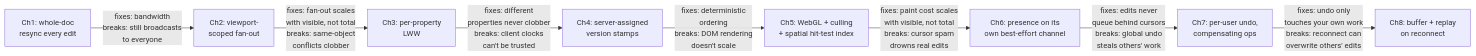
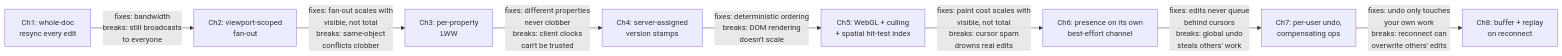
One commit to riyaz-pasha/Learnings changed diagram 13 of 14 in system-design/HLD/0-course/55-Design-a-Real-Time-Collaborative-Canvas-Figma-FAANG-Guide-story.md. Above: the diagram before and after it, drawn with Mermaid. The commit also changed other lines of this file and 1 other file, not shown here.

Commit message:
[REWRITE] Real-Time Collaborative Canvas Figma story guide: simplify prose, add structure, fix diagrams

````diff
--- a/system-design/HLD/0-course/55-Design-a-Real-Time-Collaborative-Canvas-Figma-FAANG-Guide-story.md
+++ b/system-design/HLD/0-course/55-Design-a-Real-Time-Collaborative-Canvas-Figma-FAANG-Guide-story.md
@@ -306,10 +604,10 @@
 ```mermaid
 flowchart LR
-    A["Ch1: whole-doc\nresync every edit"] -->|"fixes: bandwidth\nbreaks: still broadcasts\nto everyone"| B["Ch2: viewport-\nscoped fan-out"]
-    B -->|"fixes: fan-out scales\nwith visible, not total\nbreaks: same-object\nconflicts clobber"| C["Ch3: per-property\nLWW"]
-    C -->|"fixes: different\nproperties never clobber\nbreaks: client clocks\ncan't be trusted"| D["Ch4: server-assigned\nversion stamps"]
-    D -->|"fixes: deterministic\nordering\nbreaks: DOM rendering\ndoesn't scale"| E["Ch5: WebGL + culling\n+ spatial hit-test index"]
-    E -->|"fixes: paint cost scales\nwith visible, not total\nbreaks: cursor spam\ndrowns real edits"| F["Ch6: presence on its\nown best-effort channel"]
-    F -->|"fixes: edits never\nqueue behind cursors\nbreaks: global undo\nsteals others' work"| G["Ch7: per-user undo,\ncompensating ops"]
-    G -->|"fixes: undo only\ntouches your own work\nbreaks: reconnect can\noverwrite others' edits"| H["Ch8: buffer + replay\non reconnect"]
+    A["Ch1: whole-doc<br/>resync every edit"] -->|"fixes: bandwidth<br/>breaks: still broadcasts<br/>to everyone"| B["Ch2: viewport-scoped<br/>fan-out"]
+    B -->|"fixes: fan-out scales with<br/>visible, not total<br/>breaks: same-object<br/>conflicts clobber"| C["Ch3: per-property<br/>LWW"]
+    C -->|"fixes: different properties<br/>never clobber<br/>breaks: client clocks<br/>can't be trusted"| D["Ch4: server-assigned<br/>version stamps"]
+    D -->|"fixes: deterministic ordering<br/>breaks: DOM rendering<br/>doesn't scale"| E["Ch5: WebGL + culling<br/>+ spatial hit-test index"]
+    E -->|"fixes: paint cost scales with<br/>visible, not total<br/>breaks: cursor spam<br/>drowns real edits"| F["Ch6: presence on its own<br/>best-effort channel"]
+    F -->|"fixes: edits never queue<br/>behind cursors<br/>breaks: global undo<br/>steals others' work"| G["Ch7: per-user undo,<br/>compensating ops"]
+    G -->|"fixes: undo only touches<br/>your own work<br/>breaks: reconnect can<br/>overwrite others' edits"| H["Ch8: buffer + replay<br/>on reconnect"]
 ```
````
